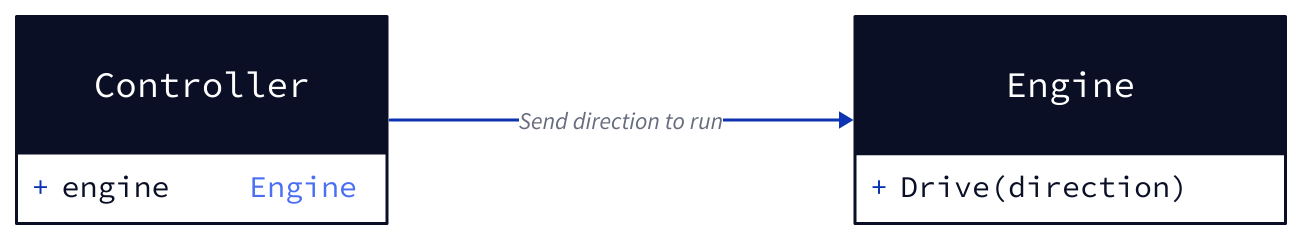
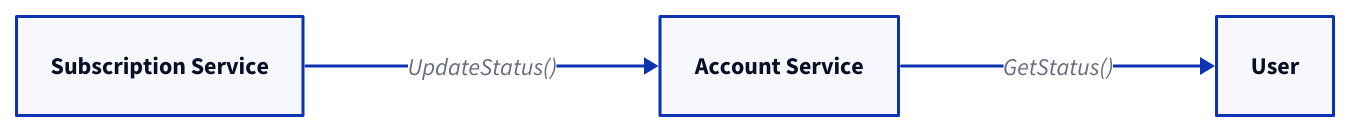
One commit to link1905/system-design-101 changed the tenth of 15 diagrams in content/web-service/microservice.md. Above: the diagram before and after it, drawn with D2. The commit also changed other lines of this file and 13 other files, not shown here.

````diff
--- a/content/web-service/microservice.md
+++ b/content/web-service/microservice.md
@@ -473,14 +450,14 @@
 ```d2
 direction: right
-e: Engine {
-  shape: class
-  Drive(direction): ""
+a: Subscription Service {
+    class: server
 }
-c: Controller {
-  shape: class
-  engine: Engine
+b: Account Service {
+    class: server
 }
-c -> e: Send direction to run {
-  class: bold-text
+u: User {
+  class: client
 }
+a -> b: "UpdateStatus()"
+u <- b: "GetStatus()"
 ```
````
